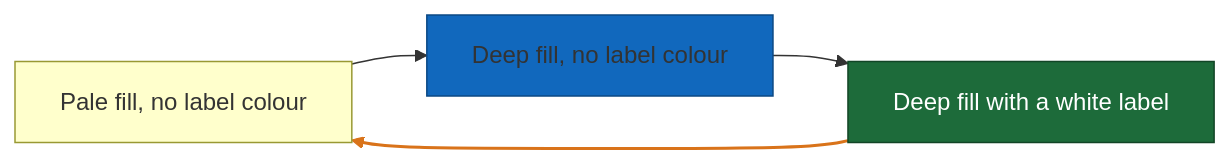
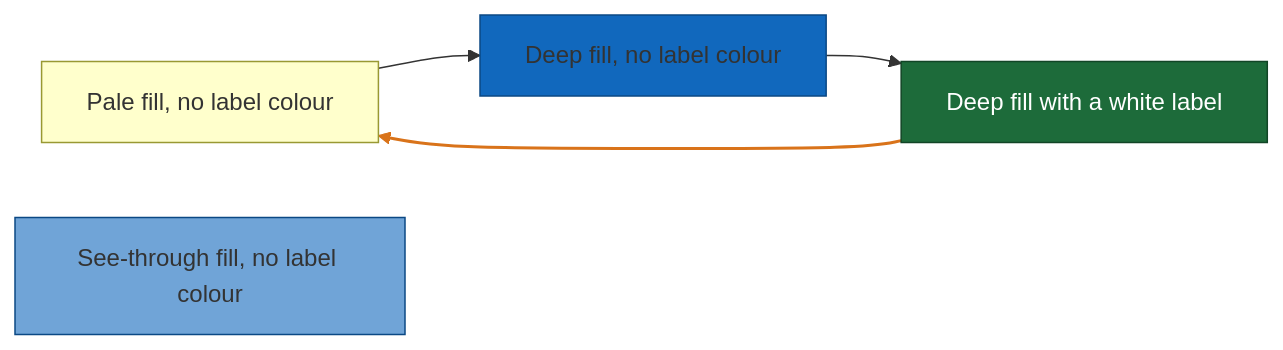
The third of 4 diagrams in example/docs/architecture/diagram-contrast-fixture.md (spec-kitty/doc-kitty), drawn with Mermaid before and after one commit. The commit also changed other lines of this file and 3 other files, not shown here.

First line of the commit message:
fix(diagrams): leave a label themed on a see-through author fill

````diff
--- a/example/docs/architecture/diagram-contrast-fixture.md
+++ b/example/docs/architecture/diagram-contrast-fixture.md
@@ -64,18 +65,21 @@
 ```mermaid
 %% title: Author-set node colours
-%% description: Three nodes with author-set fills and one edge with an author-set colour.
+%% description: Four nodes with author-set fills, one of them see-through, and one edge with an author-set colour.
 flowchart LR
   pale[Pale fill, no label colour]
   deep[Deep fill, no label colour]
   both[Deep fill with a white label]
+  faded[See-through fill, no label colour]
   pale --> deep
   deep --> both
   both --> pale
   classDef paleFill fill:#ffffcc,stroke:#999933
   classDef deepFill fill:#1168bd,stroke:#0b4884
   classDef bothSet fill:#1d6b3a,stroke:#124526,color:#ffffff
+  classDef seeThrough fill:#1168bd,fill-opacity:0.6,stroke:#0b4884
   class pale paleFill
   class deep deepFill
   class both bothSet
+  class faded seeThrough
   linkStyle 2 stroke:#d9731a,stroke-width:2px
 ```
````
